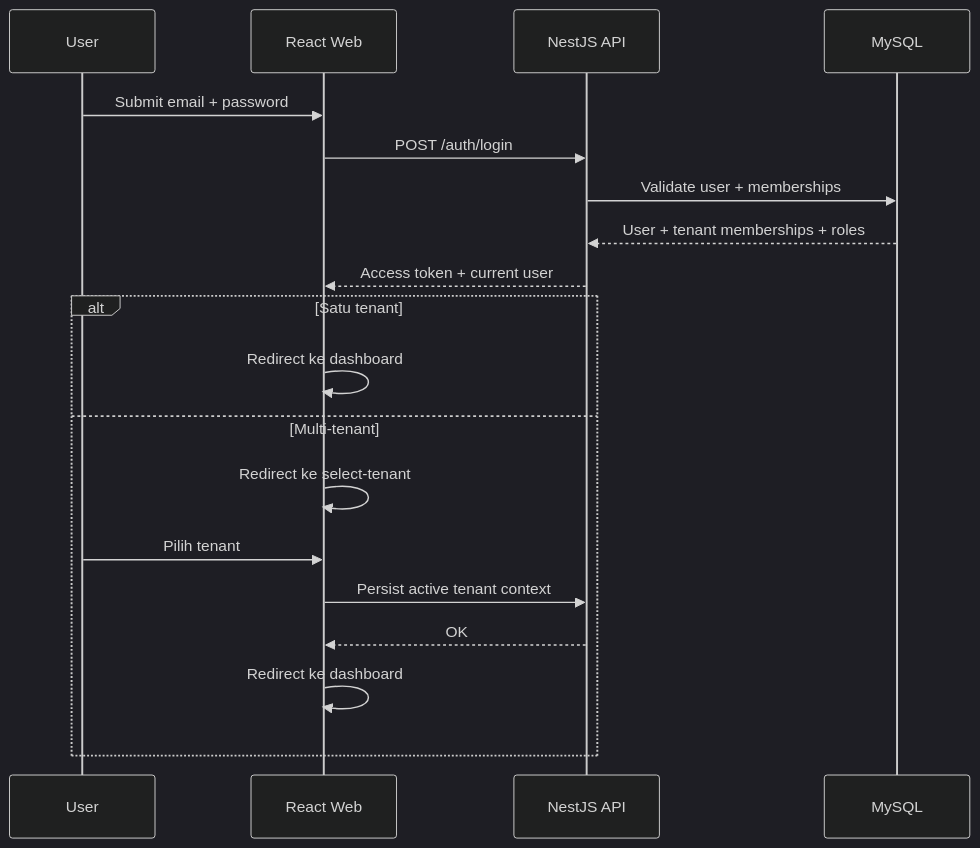
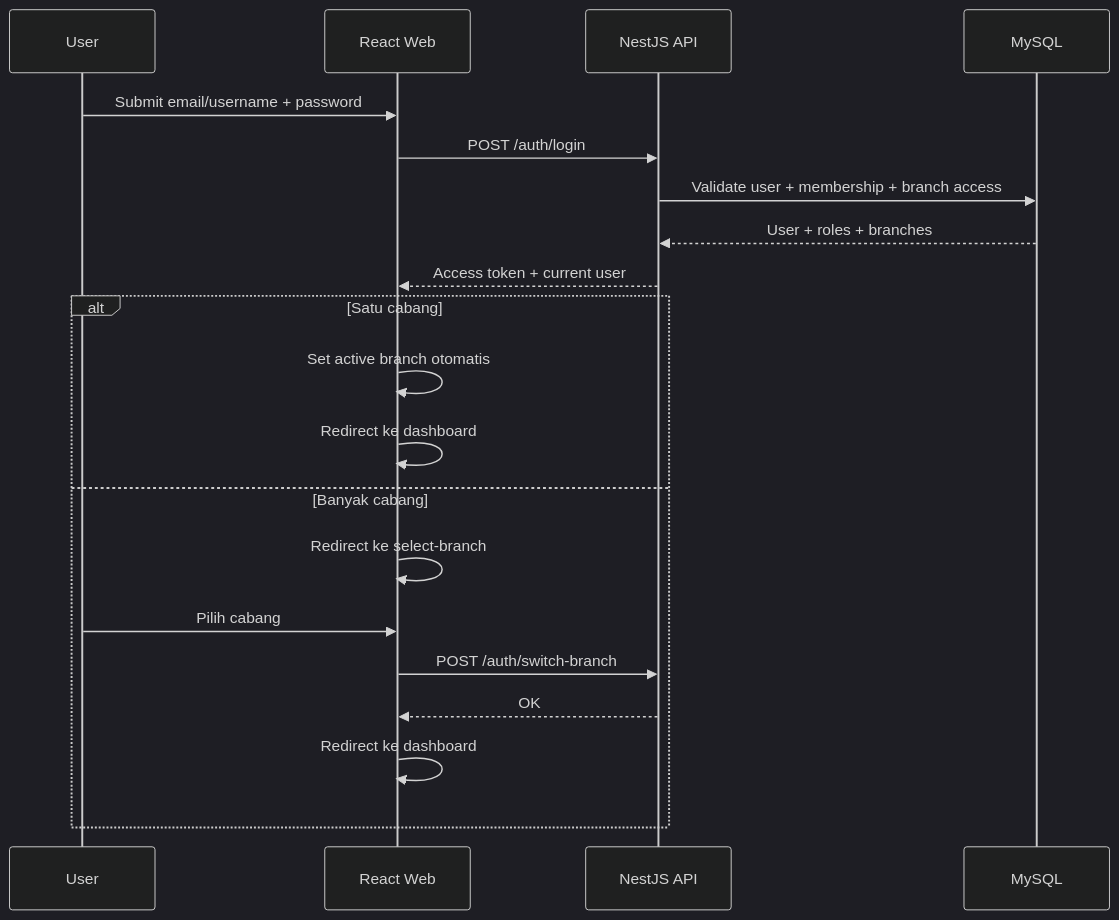
Before and after one commit to DimasPrasetio/mini-erp: the first of 11 diagrams in SYSTEM_FLOW.md, drawn with Mermaid (dark theme). The commit also changed other lines of this file and 10 other files, not shown here.

````diff
--- a/SYSTEM_FLOW.md
+++ b/SYSTEM_FLOW.md
@@ -34,22 +34,23 @@
 ```mermaid
 sequenceDiagram
     participant U as User
     participant W as React Web
     participant API as NestJS API
     participant DB as MySQL
 
-    U->>W: Submit email + password
+    U->>W: Submit email/username + password
     W->>API: POST /auth/login
-    API->>DB: Validate user + memberships
-    DB-->>API: User + tenant memberships + roles
+    API->>DB: Validate user + membership + branch access
+    DB-->>API: User + roles + branches
     API-->>W: Access token + current user
-    alt Satu tenant
+    alt Satu cabang
+        W->>W: Set active branch otomatis
         W->>W: Redirect ke dashboard
-    else Multi-tenant
-        W->>W: Redirect ke select-tenant
-        U->>W: Pilih tenant
-        W->>API: Persist active tenant context
+    else Banyak cabang
+        W->>W: Redirect ke select-branch
+        U->>W: Pilih cabang
+        W->>API: POST /auth/switch-branch
         API-->>W: OK
         W->>W: Redirect ke dashboard
     end
 ```
````
